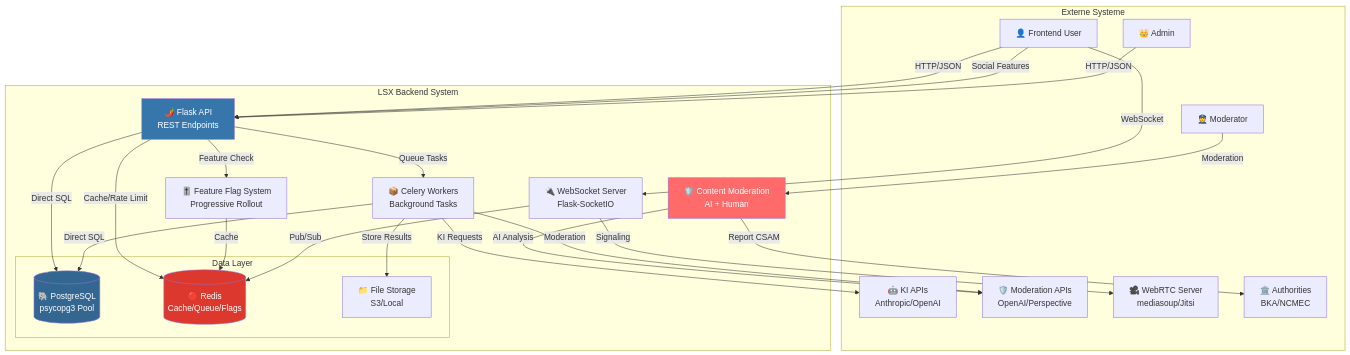
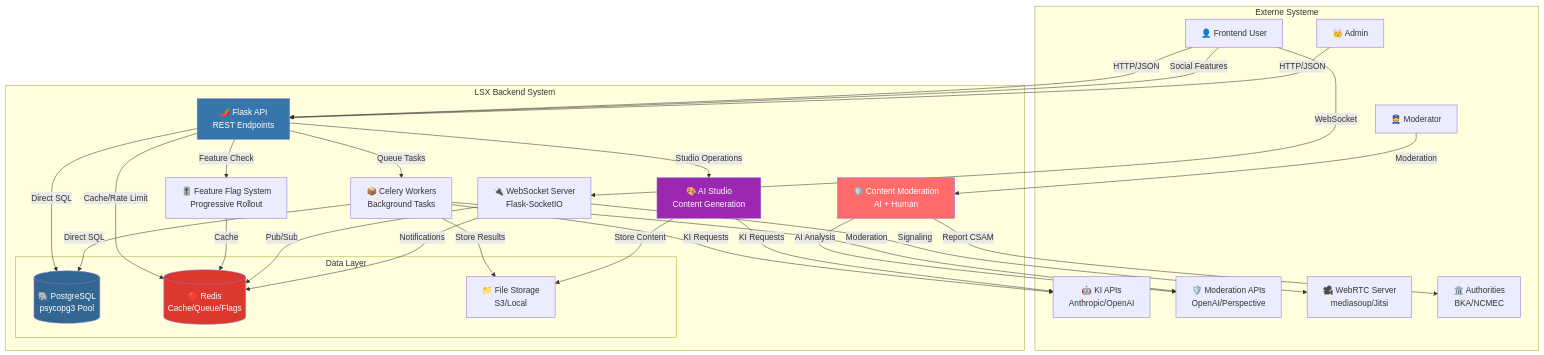
Before and after one commit to flokflok1/lernseite: the diagram in LernsystemX-Doku/05_Technical/05_Backend-Struktur.md, drawn with Mermaid. The commit also changed other lines of this file and 1 other file, not shown here.

````diff
--- a/LernsystemX-Doku/05_Technical/05_Backend-Struktur.md
+++ b/LernsystemX-Doku/05_Technical/05_Backend-Struktur.md
@@ -48,54 +51,61 @@
 ```mermaid
 graph TB
     subgraph "Externe Systeme"
         USER[👤 Frontend User]
         ADMIN[👑 Admin]
         MODERATOR[👮 Moderator]
         KI_API[🤖 KI APIs<br/>Anthropic/OpenAI]
         MODERATION_API[🛡️ Moderation APIs<br/>OpenAI/Perspective]
         WEBRTC[🎥 WebRTC Server<br/>mediasoup/Jitsi]
         AUTHORITIES[🏛️ Authorities<br/>BKA/NCMEC]
     end
 
     subgraph "LSX Backend System"
         API[🌶️ Flask API<br/>REST Endpoints]
         CELERY[📦 Celery Workers<br/>Background Tasks]
         SOCKET[🔌 WebSocket Server<br/>Flask-SocketIO]
         MODERATION[🛡️ Content Moderation<br/>AI + Human]
         FEATURE_FLAGS[🎚️ Feature Flag System<br/>Progressive Rollout]
+        STUDIO[🎨 AI Studio<br/>Content Generation]
 
         subgraph "Data Layer"
             DB[(🐘 PostgreSQL<br/>psycopg3 Pool)]
             REDIS[(🔴 Redis<br/>Cache/Queue/Flags)]
             STORAGE[📁 File Storage<br/>S3/Local]
         end
     end
 
     USER -->|HTTP/JSON| API
     USER -->|Social Features| API
     ADMIN -->|HTTP/JSON| API
     MODERATOR -->|Moderation| MODERATION
     USER -->|WebSocket| SOCKET
 
     API -->|Feature Check| FEATURE_FLAGS
     API -->|Direct SQL| DB
     API -->|Cache/Rate Limit| REDIS
     API -->|Queue Tasks| CELERY
+    API -->|Studio Operations| STUDIO
 
     FEATURE_FLAGS -->|Cache| REDIS
     MODERATION -->|AI Analysis| MODERATION_API
     MODERATION -->|Report CSAM| AUTHORITIES
 
     CELERY -->|Direct SQL| DB
     CELERY -->|KI Requests| KI_API
     CELERY -->|Store Results| STORAGE
     CELERY -->|Moderation| MODERATION_API
 
     SOCKET -->|Pub/Sub| REDIS
     SOCKET -->|Signaling| WEBRTC
+    SOCKET -->|Notifications| REDIS
+
+    STUDIO -->|KI Requests| KI_API
+    STUDIO -->|Store Content| STORAGE
 
     style DB fill:#336791,color:#fff
     style REDIS fill:#DC382D,color:#fff
     style API fill:#3776AB,color:#fff
     style MODERATION fill:#FF6B6B,color:#fff
+    style STUDIO fill:#9C27B0,color:#fff
 ```
````
